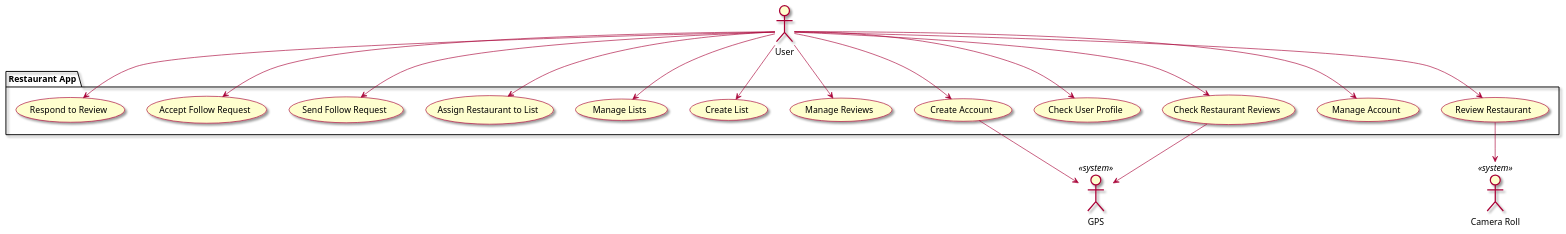
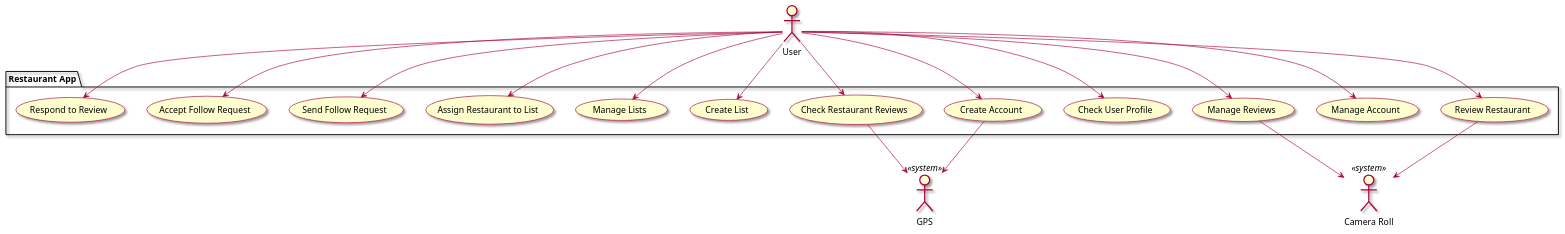
The diagram in intellij/doc/vision.md (tanwasp/LunchBox-Android), drawn with PlantUML before and after one commit. The commit also changed 7 other files, not shown here.

Commit message:
Begin revising use cases; add Manage Review

````diff
--- a/intellij/doc/vision.md
+++ b/intellij/doc/vision.md
@@ -37,46 +37,47 @@
 ```plantuml
 @startuml
 
 skin rose
 
 ' human actors
 actor "User" as user
 
 ' system actors
 actor "GPS" <<system>> as gps
 actor "Camera Roll" <<system>> as photos
 
 ' list all use cases in package 
 package "Restaurant App" {
 usecase "Create Account" as createAcc
 usecase "Manage Account" as manageAcc
 usecase "Check Restaurant Reviews" as checkReview
 usecase "Check User Profile" as checkPerson
 usecase "Review Restaurant" as review
 usecase "Manage Reviews" as manageReview
 usecase "Create List" as makeList
 usecase "Manage Lists" as manageList
 usecase "Assign Restaurant to List" as assignList
 usecase "Send Follow Request" as sendFollow
 usecase "Accept Follow Request" as acceptFollow
 usecase "Respond to Review" as replyReview
 }
 
 ' list relationships between actors and use cases 
 user --> createAcc
 user --> manageAcc
 user --> checkReview
 user --> checkPerson
 user --> review
 user --> manageReview
 user --> makeList
 user --> manageList
 user --> assignList
 user --> sendFollow
 user --> acceptFollow
 user --> replyReview
 createAcc --> gps
 checkReview --> gps
 review --> photos
+manageReview --> photos
 @enduml
 ```
````
